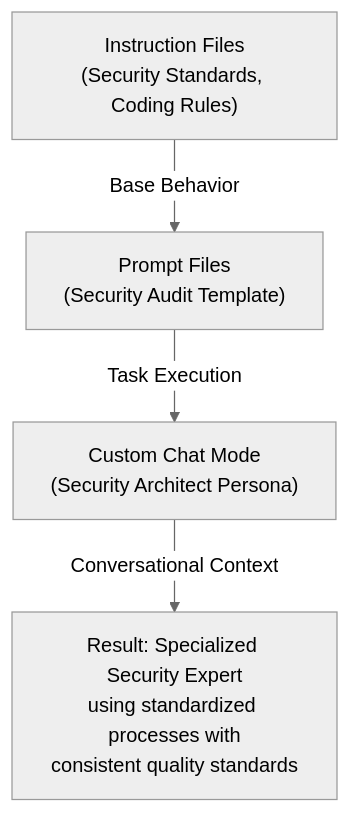
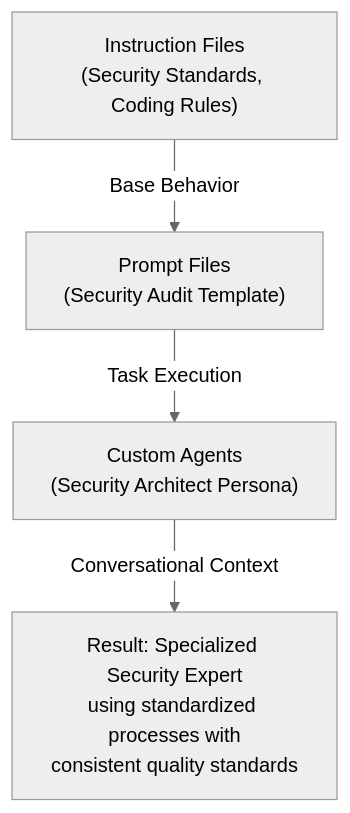
The diagram in slides/marp/mmd/layered-integration-approach.mmd (j0hnnymiller/AI-Assisted-Software-Development), drawn with Mermaid (neutral theme) before and after one commit. The commit also changed 58 other files, not shown here.

```diff
--- a/slides/marp/mmd/layered-integration-approach.mmd
+++ b/slides/marp/mmd/layered-integration-approach.mmd
@@ -1,4 +1,4 @@
 graph TD
     A["Instruction Files<br/>(Security Standards, Coding Rules)"] -->|Base Behavior| B["Prompt Files<br/>(Security Audit Template)"]
-    B -->|Task Execution| C["Custom Chat Mode<br/>(Security Architect Persona)"]
+    B -->|Task Execution| C["Custom Agents<br/>(Security Architect Persona)"]
     C -->|Conversational Context| D["Result: Specialized Security Expert<br/>using standardized processes with<br/>consistent quality standards"]
```
